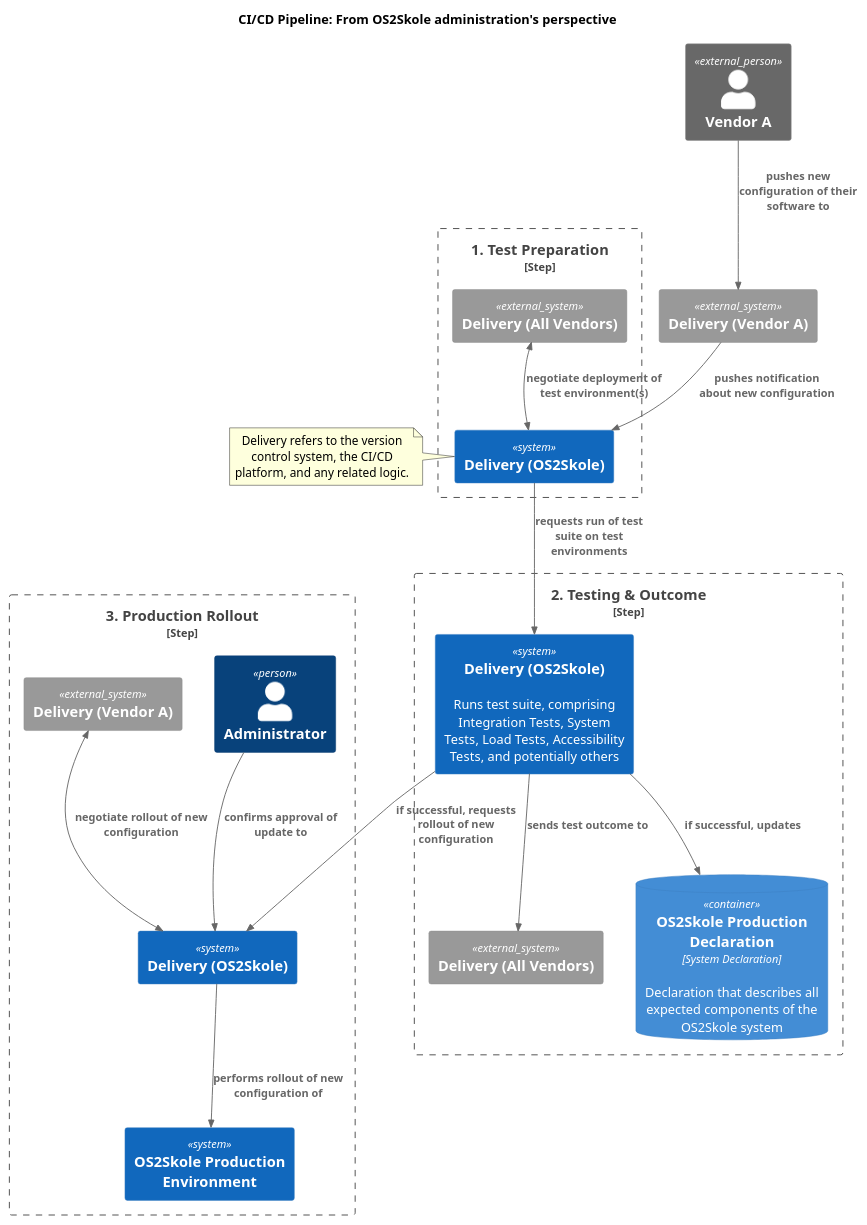
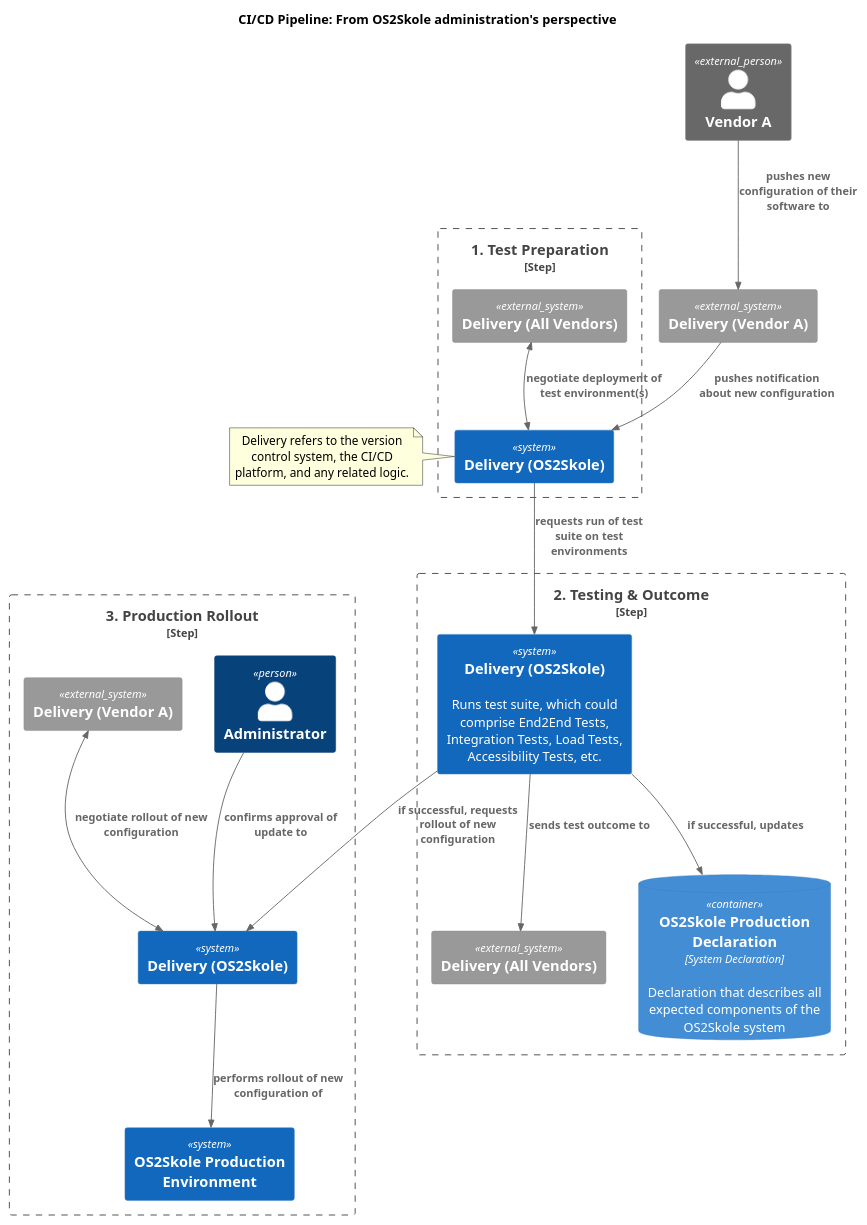
The diagram in managing_risk/delivery/diagram_data/pipeline_dynamic_diagram.puml (OS2sandbox/os2skole-PoC), drawn with PlantUML before and after one commit. The commit also changed 1 other file, not shown here.

Commit message:
feat(managing_risk): add end2end tests to diagram

```diff
--- a/managing_risk/delivery/diagram_data/pipeline_dynamic_diagram.puml
+++ b/managing_risk/delivery/diagram_data/pipeline_dynamic_diagram.puml
@@ -1,49 +1,49 @@
 @startuml
 !include https://raw.githubusercontent.com/plantuml-stdlib/C4-PlantUML/master/C4_Container.puml
 
 title CI/CD Pipeline: From OS2Skole administration's perspective
 
 ' --- External Actors ---
 Person_Ext(vendor_a, "Vendor A")
 System_Ext(delivery_vendor_a, "Delivery (Vendor A)", "")
 
 Rel(vendor_a, delivery_vendor_a, "pushes new configuration of their software to")
 
 ' --- Step 1: Test Preparation ---
 Boundary(step1, "1. Test Preparation", $type="Step") {
     System_Ext(delivery_all_vendors_nego, "Delivery (All Vendors)", "")
     System(os2skole_2_test_prep, "Delivery (OS2Skole)")
 }
     note left of os2skole_2_test_prep
     Delivery refers to the version control system, the CI/CD platform, and any related logic.
     end note
 
 Rel(delivery_vendor_a, os2skole_2_test_prep, "pushes notification about new configuration")
 BiRel(delivery_all_vendors_nego, os2skole_2_test_prep, "negotiate deployment of test environment(s)")
 
 ' --- Step 2: Testing & Outcome ---
 Boundary(step2, "2. Testing & Outcome", $type="Step") {
-    System(os2skole_3_update, "Delivery (OS2Skole)", "Runs test suite, comprising Integration Tests, System Tests, Load Tests, Accessibility Tests, and potentially others")
+    System(os2skole_3_update, "Delivery (OS2Skole)", "Runs test suite, which could comprise End2End Tests, Integration Tests, Load Tests, Accessibility Tests, etc.")
     System_Ext(delivery_all_vendors_outcome, "Delivery (All Vendors)", "")
     ContainerDb(prod_decl, "OS2Skole Production Declaration", "System Declaration", "Declaration that describes all expected components of the OS2Skole system")
 }
 
 Rel(os2skole_2_test_prep, os2skole_3_update, "requests run of test suite on test environments")
 Rel(os2skole_3_update, delivery_all_vendors_outcome, "sends test outcome to")
 Rel(os2skole_3_update, prod_decl, "if successful, updates")
 
 ' --- Step 3: Production Rollout ---
 Boundary(step3, "3. Production Rollout", $type="Step") {
     System(os2skole_4_rollout, "Delivery (OS2Skole)")
     Person(admin, "Administrator", "")
     System(prod_env, "OS2Skole Production\nEnvironment")
     System_Ext(delivery_vendor_a_prod, "Delivery (Vendor A)", "")
 }
 
 Rel(os2skole_3_update, os2skole_4_rollout, "if successful, requests rollout of new configuration")
 Rel(admin, os2skole_4_rollout, "confirms approval of update to")
 BiRel(delivery_vendor_a_prod, os2skole_4_rollout, "negotiate rollout of new configuration")
 Rel(os2skole_4_rollout, prod_env, "performs rollout of new configuration of")
 
 
 @enduml
```
